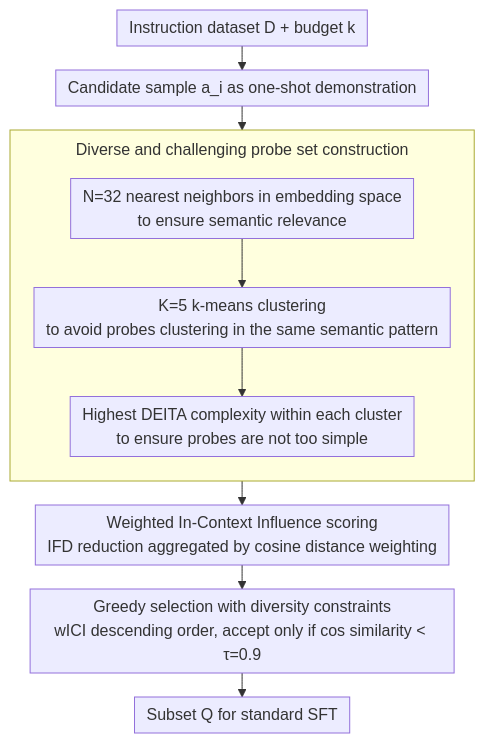
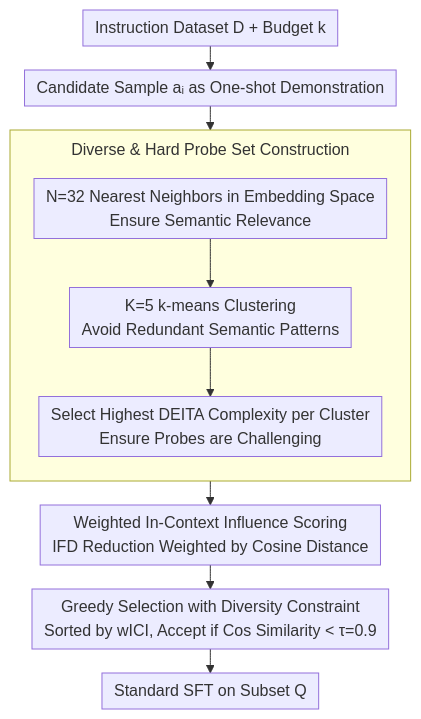
The diagram in docs/ACL2026/llm_alignment/what_makes_good_instruction-tuning_data_an_in-context_learning_perspective.md (zhaoyang97/Paper-Notes-en), drawn with Mermaid before and after one commit. The commit also changed other lines of this file and 5084 other files, not shown here.

````diff
--- a/docs/ACL2026/llm_alignment/what_makes_good_instruction-tuning_data_an_in-context_learning_perspective.md
+++ b/docs/ACL2026/llm_alignment/what_makes_good_instruction-tuning_data_an_in-context_learning_perspective.md
@@ -44,14 +44,14 @@
 ```mermaid
 %%{init: {'flowchart': {'rankSpacing': 24, 'nodeSpacing': 28, 'padding': 6, 'wrappingWidth': 400, 'subGraphTitleMargin': {'top': 8, 'bottom': 16}}}}%%
 flowchart TD
-    A["Instruction dataset D + budget k"] --> B["Candidate sample a_i as one-shot demonstration"]
-    subgraph PROBE["Diverse and challenging probe set construction"]
+    A["Instruction Dataset D + Budget k"] --> B["Candidate Sample aᵢ as One-shot Demonstration"]
+    subgraph PROBE["Diverse & Hard Probe Set Construction"]
         direction TB
-        C["N=32 nearest neighbors in embedding space<br/>to ensure semantic relevance"] --> D["K=5 k-means clustering<br/>to avoid probes clustering in the same semantic pattern"]
-        D --> E["Highest DEITA complexity within each cluster<br/>to ensure probes are not too simple"]
+        C["N=32 Nearest Neighbors in Embedding Space<br/>Ensure Semantic Relevance"] --> D["K=5 k-means Clustering<br/>Avoid Redundant Semantic Patterns"]
+        D --> E["Select Highest DEITA Complexity per Cluster<br/>Ensure Probes are Challenging"]
     end
     B --> PROBE
-    PROBE --> F["Weighted In-Context Influence scoring<br/>IFD reduction aggregated by cosine distance weighting"]
-    F --> G["Greedy selection with diversity constraints<br/>wICI descending order, accept only if cos similarity < τ=0.9"]
-    G --> H["Subset Q for standard SFT"]
+    PROBE --> F["Weighted In-Context Influence Scoring<br/>IFD Reduction Weighted by Cosine Distance"]
+    F --> G["Greedy Selection with Diversity Constraint<br/>Sorted by wICI, Accept if Cos Similarity < τ=0.9"]
+    G --> H["Standard SFT on Subset Q"]
 ```
````
